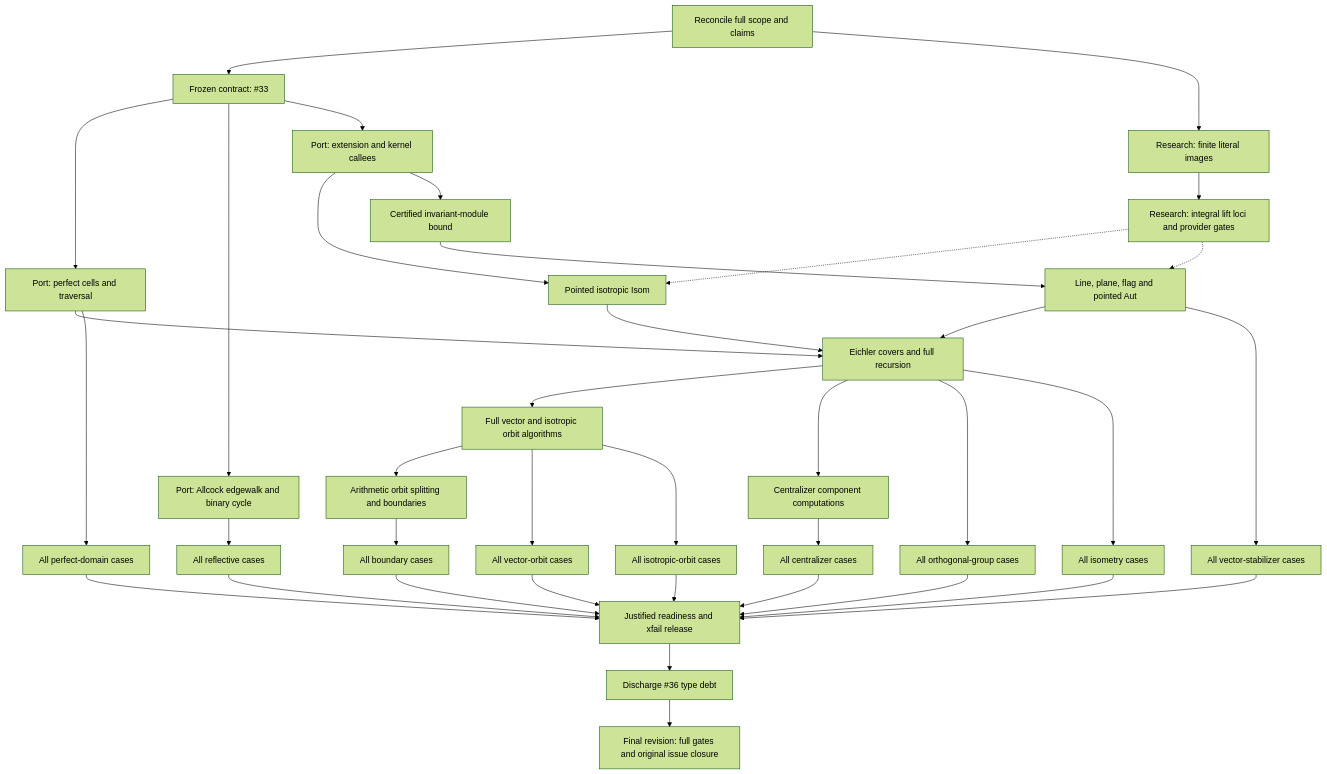
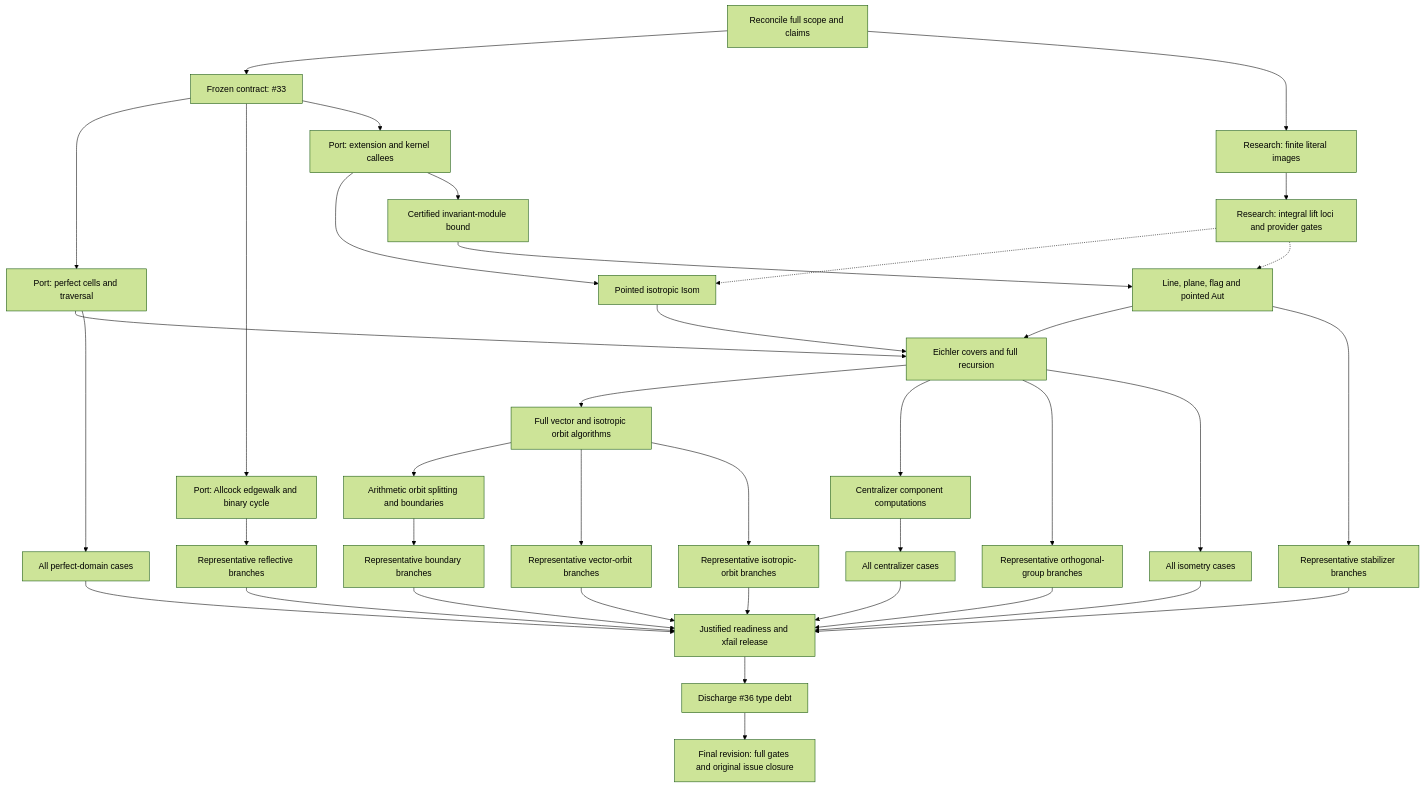
The diagram in TODO.md (dzackgarza/sage-indefinite-port), drawn with Mermaid (forest theme) before and after one commit. The commit also changed other lines of this file and 7 other files, not shown here.

````diff
--- a/TODO.md
+++ b/TODO.md
@@ -54,32 +58,32 @@
 ```mermaid
 flowchart TD
     SCOPE[Reconcile full scope and claims] --> CONTRACT[Frozen contract: #33]
     SCOPE --> FINITE[Research: finite literal images]
     FINITE --> LIFTS[Research: integral lift loci and provider gates]
     CONTRACT --> CELLS[Port: perfect cells and traversal]
     CONTRACT --> EDGEWALK[Port: Allcock edgewalk and binary cycle]
     CONTRACT --> EXTEND[Port: extension and kernel callees]
     EXTEND --> POINTED[Pointed isotropic Isom]
     EXTEND --> BOUND[Certified invariant-module bound]
     BOUND --> PARABOLIC[Line, plane, flag and pointed Aut]
     POINTED --> RECURSION[Eichler covers and full recursion]
     PARABOLIC --> RECURSION
     CELLS --> RECURSION
     RECURSION --> ORBITS[Full vector and isotropic orbit algorithms]
     ORBITS --> ARITHMETIC[Arithmetic orbit splitting and boundaries]
     RECURSION --> CENTRALIZERS[Centralizer component computations]
     CELLS --> A_PERFECT[All perfect-domain cases]
-    EDGEWALK --> A_REFLECTIVE[All reflective cases]
-    RECURSION --> A_GROUPS[All orthogonal-group cases]
+    EDGEWALK --> A_REFLECTIVE[Representative reflective branches]
+    RECURSION --> A_GROUPS[Representative orthogonal-group branches]
     RECURSION --> A_ISOMETRY[All isometry cases]
-    PARABOLIC --> A_STABILIZERS[All vector-stabilizer cases]
-    ORBITS --> A_VECTORS[All vector-orbit cases]
-    ORBITS --> A_ISOTROPIC[All isotropic-orbit cases]
-    ARITHMETIC --> A_BOUNDARIES[All boundary cases]
+    PARABOLIC --> A_STABILIZERS[Representative stabilizer branches]
+    ORBITS --> A_VECTORS[Representative vector-orbit branches]
+    ORBITS --> A_ISOTROPIC[Representative isotropic-orbit branches]
+    ARITHMETIC --> A_BOUNDARIES[Representative boundary branches]
     CENTRALIZERS --> A_CENTRALIZERS[All centralizer cases]
     LIFTS -.-> POINTED & PARABOLIC
     A_PERFECT & A_REFLECTIVE & A_GROUPS & A_ISOMETRY --> RELEASE[Justified readiness and xfail release]
     A_STABILIZERS & A_VECTORS & A_ISOTROPIC & A_BOUNDARIES & A_CENTRALIZERS --> RELEASE
     RELEASE --> TYPES[Discharge #36 type debt]
     TYPES --> FINAL[Final revision: full gates and original issue closure]
 ```
````
